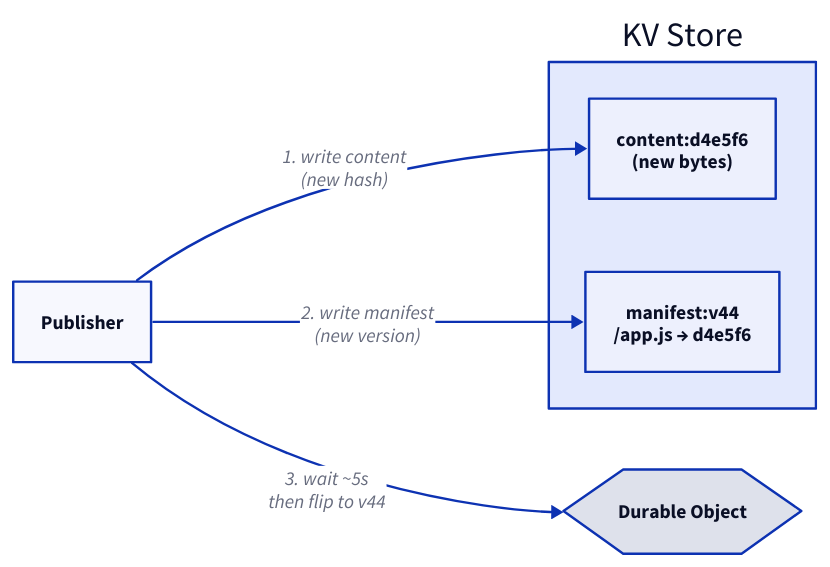
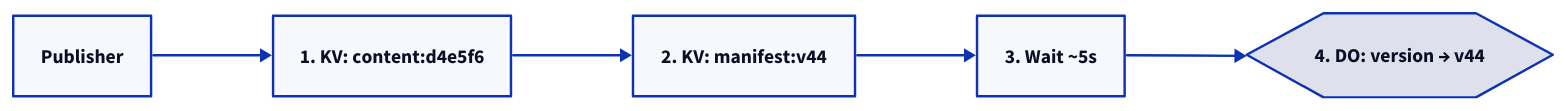
The fourth of 6 diagrams in src/content/docs/reference/caching.mdx (erfianugrah/lexicanum), drawn with D2 before and after one commit. The commit also changed other lines of this file, not shown here.

First line of the commit message:
docs: simplify D2 diagrams for content-addressable storage and fix centralized caching

````diff
--- a/src/content/docs/reference/caching.mdx
+++ b/src/content/docs/reference/caching.mdx
@@ -584,18 +566,14 @@
 ```d2
 direction: right
 
 publisher: Publisher
 
-kv: KV Store {
-  content-new: "content:d4e5f6\n(new bytes)"
-  manifest-v44: "manifest:v44\n/app.js → d4e5f6"
-}
-
-do: Durable Object {
+step1: "1. KV: content:d4e5f6"
+step2: "2. KV: manifest:v44"
+step3: "3. Wait ~5s"
+step4: "4. DO: version → v44" {
   shape: hexagon
 }
 
-publisher -> kv.content-new: 1. write content\n(new hash)
-publisher -> kv.manifest-v44: 2. write manifest\n(new version)
-publisher -> do: 3. wait ~5s\nthen flip to v44
+publisher -> step1 -> step2 -> step3 -> step4
 ```
````
